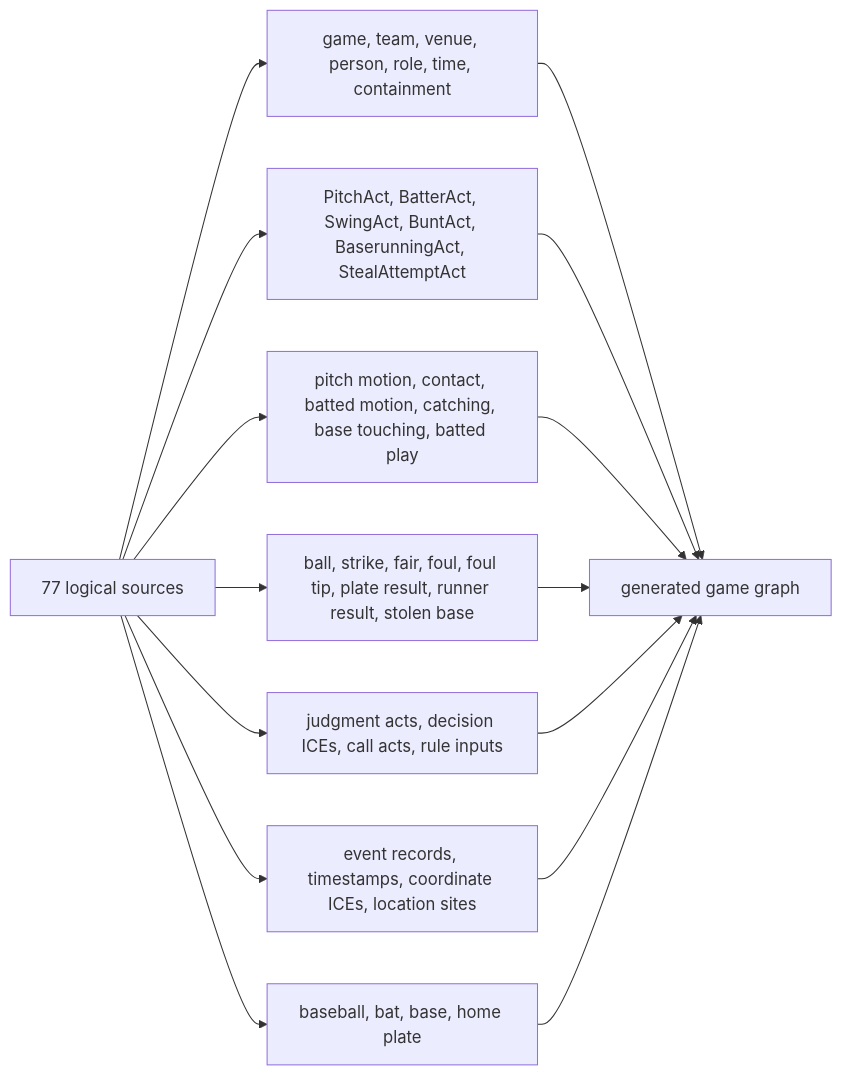
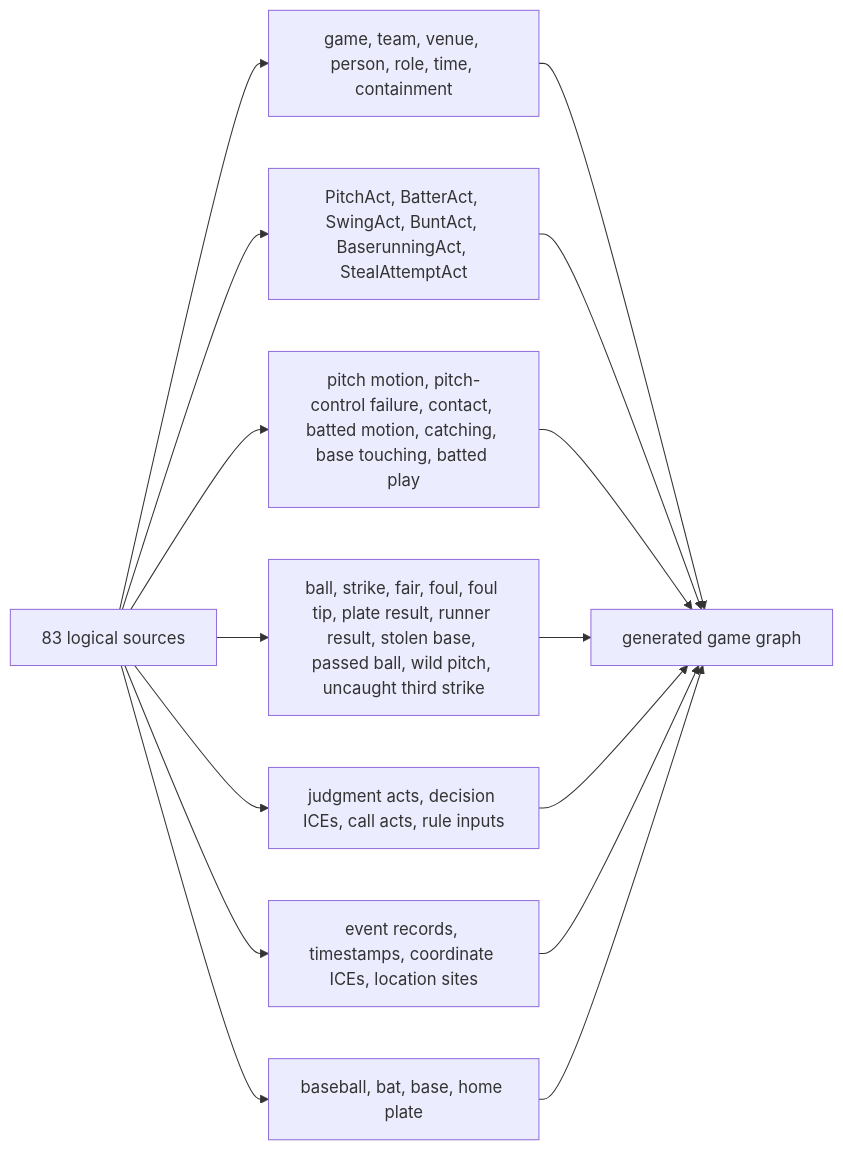
The diagram in Baseball/mermaid/03-triples-map-families.md (CarterBeauBenson/BaseballO), drawn with Mermaid before and after one commit. The commit also changed other lines of this file and 461 other files, not shown here.

````diff
--- a/Baseball/mermaid/03-triples-map-families.md
+++ b/Baseball/mermaid/03-triples-map-families.md
@@ -3,17 +3,17 @@
 ```mermaid
 flowchart LR
-    SOURCE["77 logical sources"] --> CONTEXT["game, team, venue, person, role, time, containment"]
+    SOURCE["83 logical sources"] --> CONTEXT["game, team, venue, person, role, time, containment"]
     SOURCE --> ACT["PitchAct, BatterAct, SwingAct, BuntAct, BaserunningAct, StealAttemptAct"]
-    SOURCE --> PHYSICAL["pitch motion, contact, batted motion, catching, base touching, batted play"]
-    SOURCE --> INSTITUTIONAL["ball, strike, fair, foul, foul tip, plate result, runner result, stolen base"]
+    SOURCE --> PHYSICAL["pitch motion, pitch-control failure, contact, batted motion, catching, base touching, batted play"]
+    SOURCE --> INSTITUTIONAL["ball, strike, fair, foul, foul tip, plate result, runner result, stolen base, passed ball, wild pitch, uncaught third strike"]
     SOURCE --> ADJ["judgment acts, decision ICEs, call acts, rule inputs"]
     SOURCE --> INFO["event records, timestamps, coordinate ICEs, location sites"]
     SOURCE --> ARTIFACT["baseball, bat, base, home plate"]
     CONTEXT --> RDF["generated game graph"]
     ACT --> RDF
     PHYSICAL --> RDF
     INSTITUTIONAL --> RDF
     ADJ --> RDF
     INFO --> RDF
     ARTIFACT --> RDF
 ```
````
